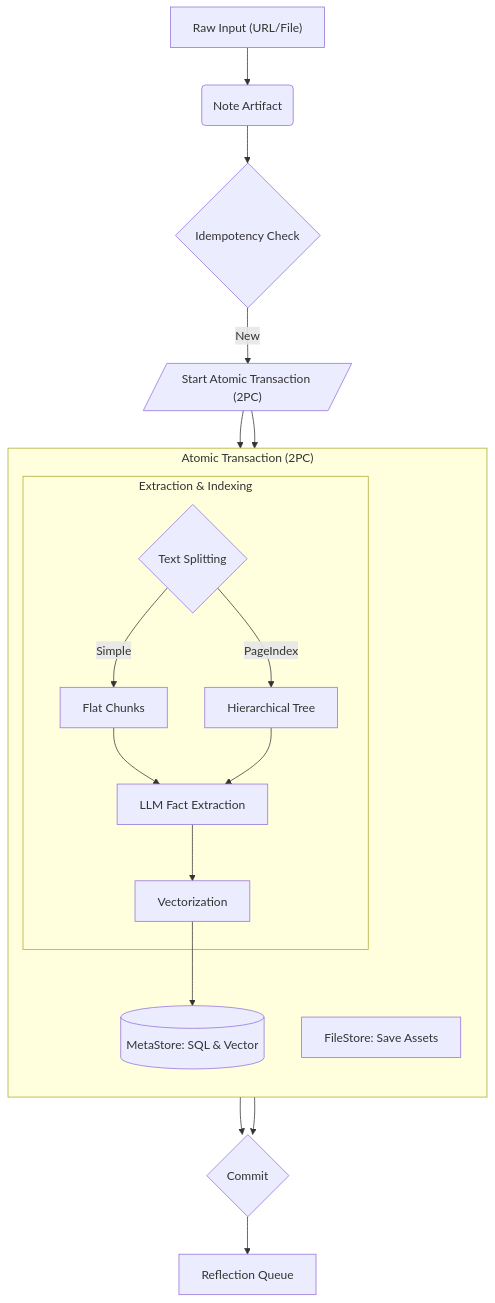
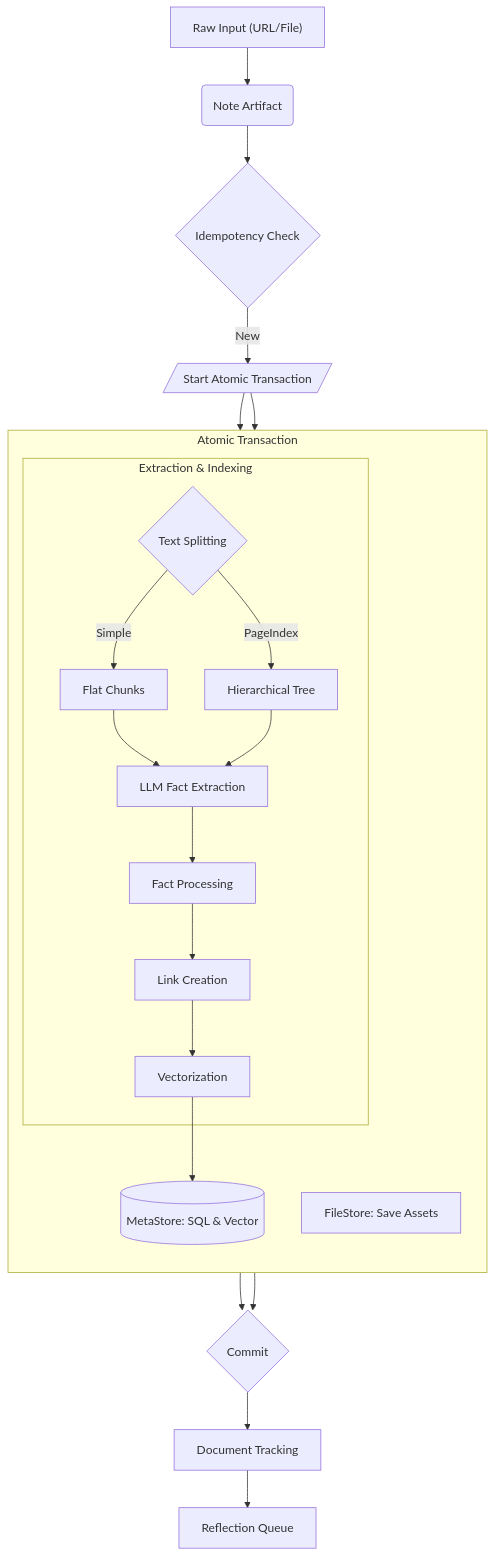
The diagram in docs/explanation/extraction-pipeline.md (JasperHG90/memex), drawn with Mermaid before and after one commit. The commit also changed other lines of this file and 5 other files, not shown here.

````diff
--- a/docs/explanation/extraction-pipeline.md
+++ b/docs/explanation/extraction-pipeline.md
@@ -5,28 +11,31 @@
 ```mermaid
 graph TD
     A["Raw Input (URL/File)"] --> B(Note Artifact)
     B --> C{Idempotency Check}
-    C -->|New| TX_START[/"Start Atomic Transaction (2PC)"/]
+    C -->|New| TX_START[/"Start Atomic Transaction"/]
 
-    subgraph "Atomic Transaction (2PC)"
+    subgraph "Atomic Transaction"
         direction TB
         FS[FileStore: Save Assets]
 
         subgraph "Extraction & Indexing"
             E{Text Splitting} -->|Simple| F1[Flat Chunks]
             E -->|PageIndex| F2[Hierarchical Tree]
             F1 --> G[LLM Fact Extraction]
             F2 --> G
-            G --> H[Vectorization]
+            G --> PROC[Fact Processing]
+            PROC --> LINK[Link Creation]
+            LINK --> H[Vectorization]
         end
 
         MS[(MetaStore: SQL & Vector)]
         H --> MS
     end
 
     TX_START --> FS
     TX_START --> E
     FS --> TX_COMMIT{Commit}
     MS --> TX_COMMIT
-    TX_COMMIT --> RQ[Reflection Queue]
+    TX_COMMIT --> TRACK[Document Tracking]
+    TRACK --> RQ[Reflection Queue]
 ```
````
